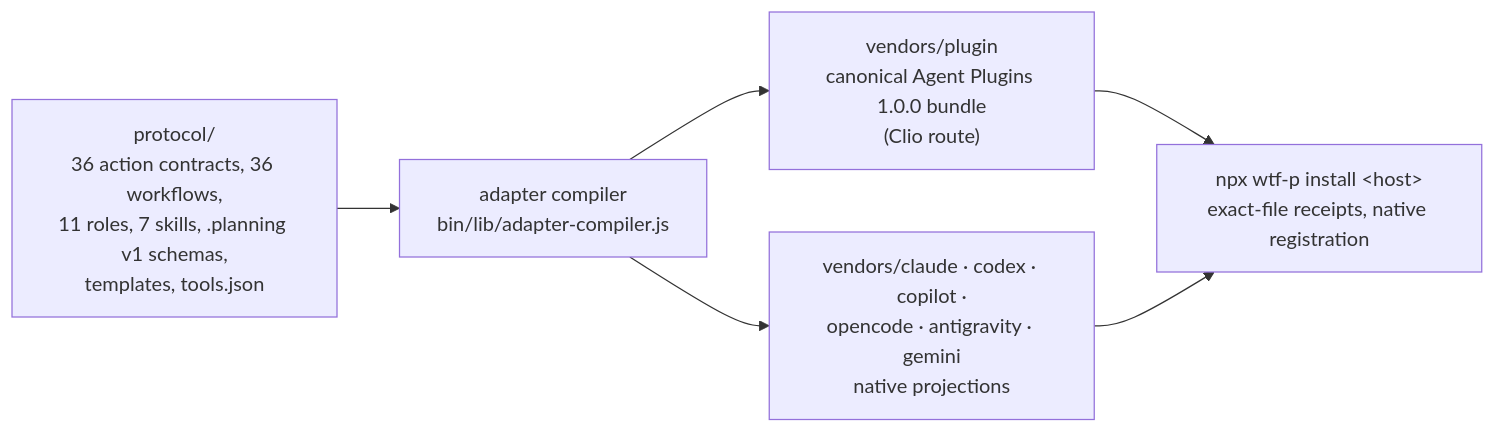
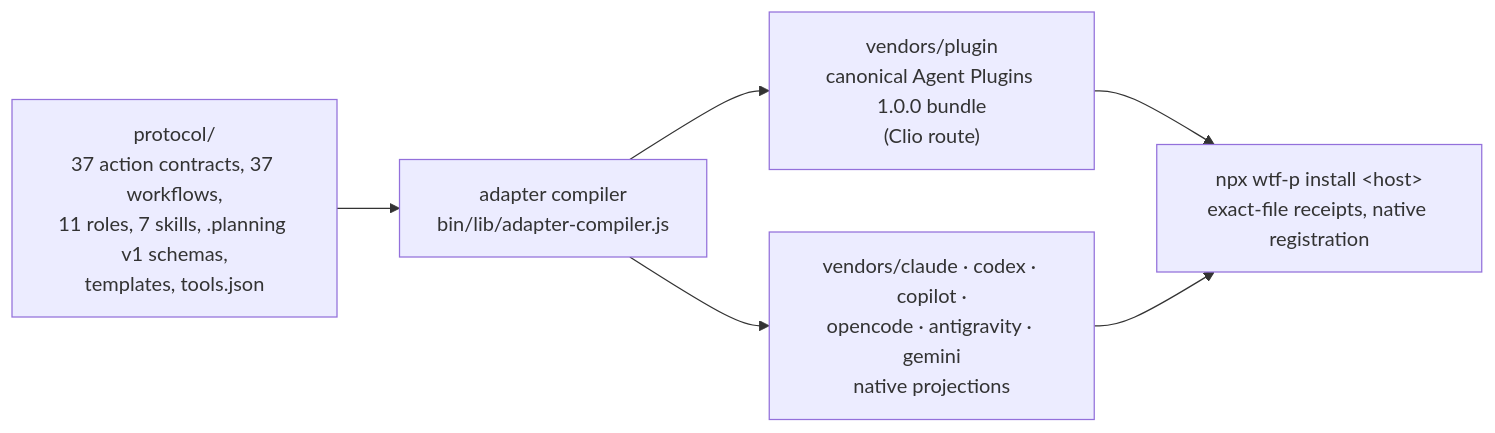
One commit to akougkas/wtf-p changed the diagram in README.md. Above: the diagram before and after it, drawn with Mermaid. The commit also changed other lines of this file and 224 other files, not shown here.

````diff
--- a/README.md
+++ b/README.md
@@ -167,8 +182,8 @@
 ```mermaid
 flowchart LR
-  P["protocol/<br/>36 action contracts, 36 workflows,<br/>11 roles, 7 skills, .planning v1 schemas,<br/>templates, tools.json"] --> C["adapter compiler<br/>bin/lib/adapter-compiler.js"]
+  P["protocol/<br/>37 action contracts, 37 workflows,<br/>11 roles, 7 skills, .planning v1 schemas,<br/>templates, tools.json"] --> C["adapter compiler<br/>bin/lib/adapter-compiler.js"]
   C --> B["vendors/plugin<br/>canonical Agent Plugins 1.0.0 bundle<br/>(Clio route)"]
   C --> H["vendors/claude · codex · copilot ·<br/>opencode · antigravity · gemini<br/>native projections"]
   B --> I["npx wtf-p install &lt;host&gt;<br/>exact-file receipts, native registration"]
   H --> I
 ```
````
